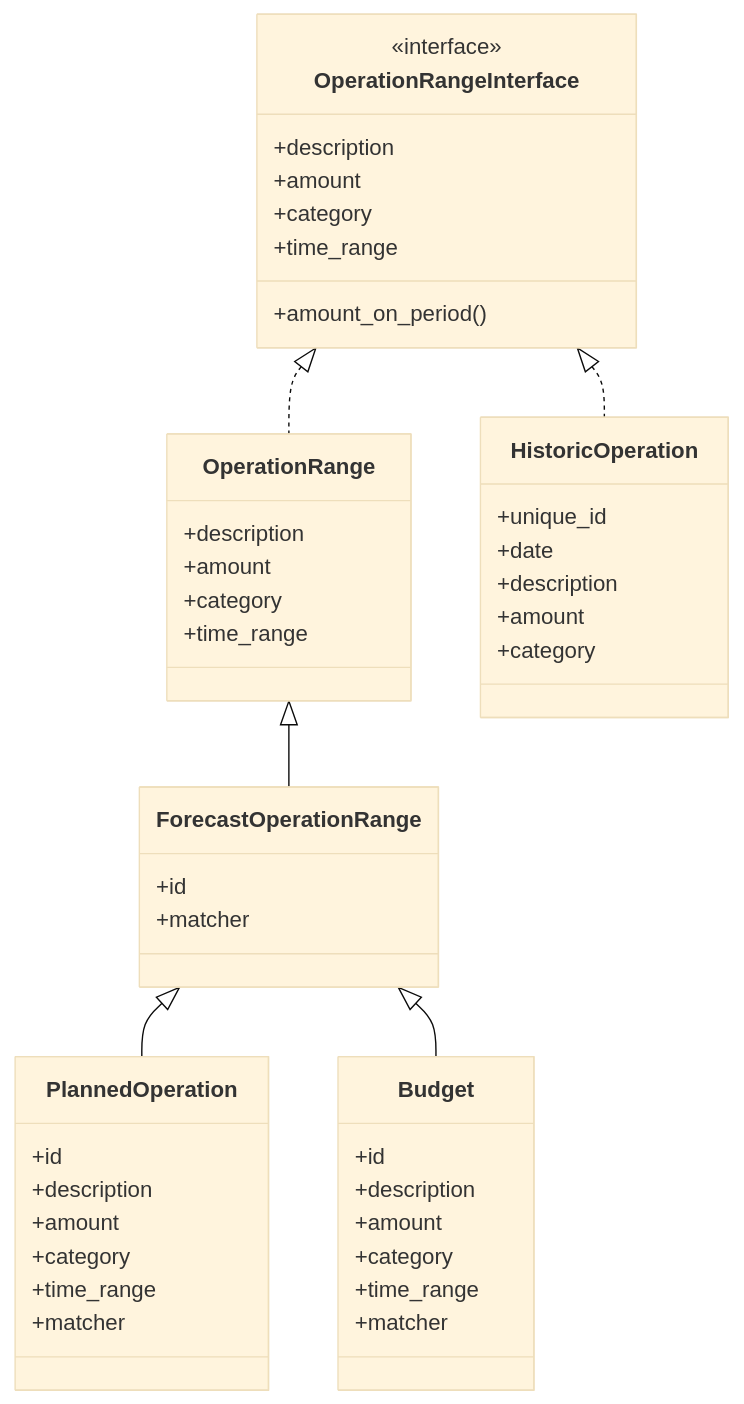
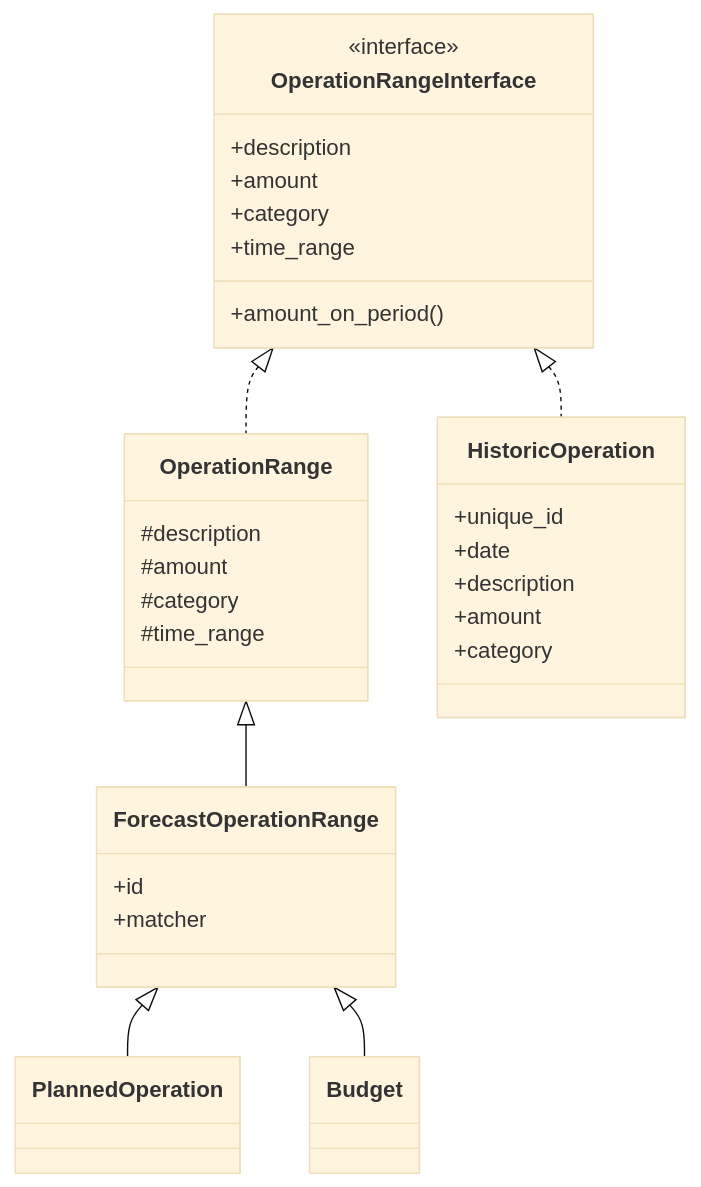
One commit to corentin-core/budget-forecaster changed the second of 7 diagrams in docs/dev/architecture.md. Above: the diagram before and after it, drawn with Mermaid (base theme). The commit also changed other lines of this file, not shown here.

First line of the commit message:
docs: update architecture documentation with complete module inventory

````diff
--- a/docs/dev/architecture.md
+++ b/docs/dev/architecture.md
@@ -127,55 +139,40 @@
 ```mermaid
 classDiagram
     class OperationRangeInterface {
         <<interface>>
         +description
         +amount
         +category
         +time_range
         +amount_on_period()
     }
 
     class OperationRange {
-        +description
-        +amount
-        +category
-        +time_range
+        #description
+        #amount
+        #category
+        #time_range
     }
 
     class ForecastOperationRange {
         +id
         +matcher
     }
 
-    class PlannedOperation {
-        +id
-        +description
-        +amount
-        +category
-        +time_range
-        +matcher
-    }
-
-    class Budget {
-        +id
-        +description
-        +amount
-        +category
-        +time_range
-        +matcher
-    }
+    class PlannedOperation
+    class Budget
 
     class HistoricOperation {
         +unique_id
         +date
         +description
         +amount
         +category
     }
 
     OperationRangeInterface <|.. OperationRange
     OperationRange <|-- ForecastOperationRange
     ForecastOperationRange <|-- PlannedOperation
     ForecastOperationRange <|-- Budget
     OperationRangeInterface <|.. HistoricOperation
 ```
````
